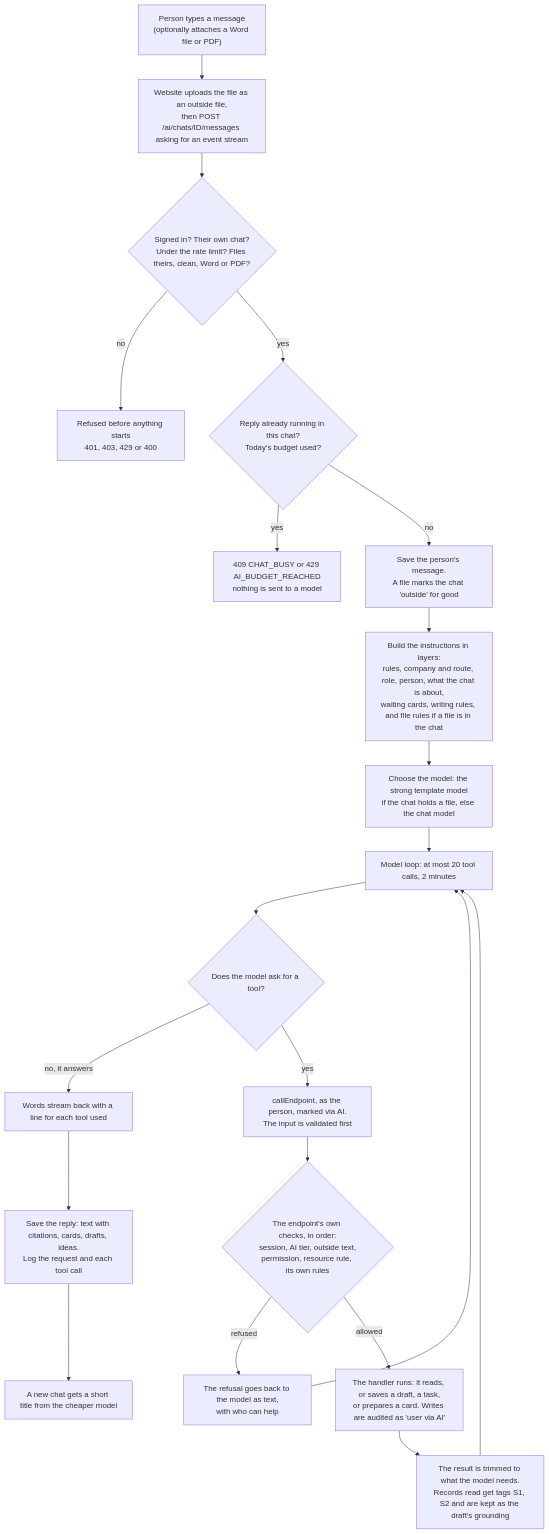
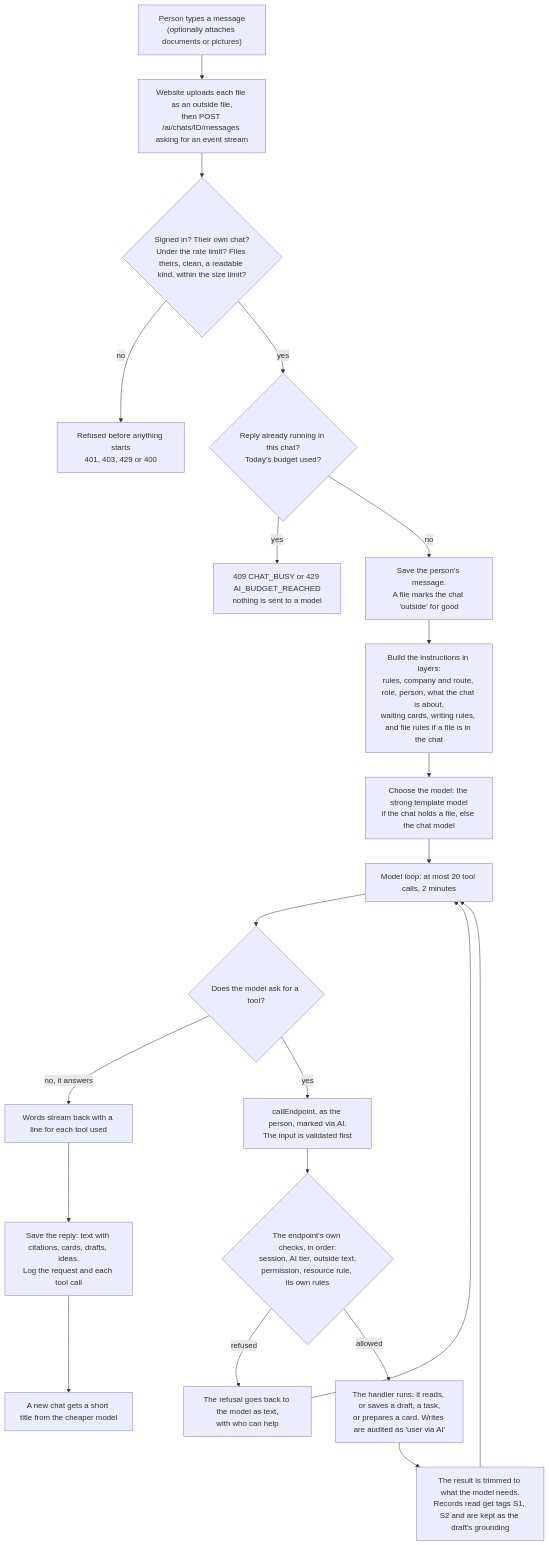
One commit to sharath101/coal changed the first of 5 diagrams in docs/workstation-and-ai.md. Above: the diagram before and after it, drawn with Mermaid. The commit also changed other lines of this file and 39 other files, not shown here.

First line of the commit message:
Let people attach documents and pictures to a message in the AI chat

````diff
--- a/docs/workstation-and-ai.md
+++ b/docs/workstation-and-ai.md
@@ -101,23 +102,23 @@
 ```mermaid
 flowchart TD
-  P["Person types a message<br/>(optionally attaches a Word file or PDF)"] --> W["Website uploads the file as an outside file,<br/>then POST /ai/chats/ID/messages asking for an event stream"]
-  W --> G1{"Signed in? Their own chat?<br/>Under the rate limit? Files theirs, clean, Word or PDF?"}
+  P["Person types a message<br/>(optionally attaches documents or pictures)"] --> W["Website uploads each file as an outside file,<br/>then POST /ai/chats/ID/messages asking for an event stream"]
+  W --> G1{"Signed in? Their own chat?<br/>Under the rate limit? Files theirs, clean, a readable kind, within the size limit?"}
   G1 -- no --> R1["Refused before anything starts<br/>401, 403, 429 or 400"]
   G1 -- yes --> G2{"Reply already running in this chat?<br/>Today's budget used?"}
   G2 -- yes --> R2["409 CHAT_BUSY or 429 AI_BUDGET_REACHED<br/>nothing is sent to a model"]
   G2 -- no --> S["Save the person's message.<br/>A file marks the chat 'outside' for good"]
   S --> I["Build the instructions in layers:<br/>rules, company and route, role, person, what the chat is about,<br/>waiting cards, writing rules, and file rules if a file is in the chat"]
   I --> M["Choose the model: the strong template model<br/>if the chat holds a file, else the chat model"]
   M --> L["Model loop: at most 20 tool calls, 2 minutes"]
   L --> T{"Does the model ask for a tool?"}
   T -- "no, it answers" --> F
   T -- yes --> C["callEndpoint, as the person, marked via AI.<br/>The input is validated first"]
   C --> K{"The endpoint's own checks, in order:<br/>session, AI tier, outside text,<br/>permission, resource rule, its own rules"}
   K -- refused --> X["The refusal goes back to the model as text,<br/>with who can help"]
   K -- allowed --> H["The handler runs: it reads, or saves a draft, a task,<br/>or prepares a card. Writes are audited as 'user via AI'"]
   H --> O["The result is trimmed to what the model needs.<br/>Records read get tags S1, S2 and are kept as the draft's grounding"]
   X --> L
   O --> L
   F["Words stream back with a line for each tool used"] --> V["Save the reply: text with citations, cards, drafts, ideas.<br/>Log the request and each tool call"]
   V --> N["A new chat gets a short title from the cheaper model"]
 ```
````
